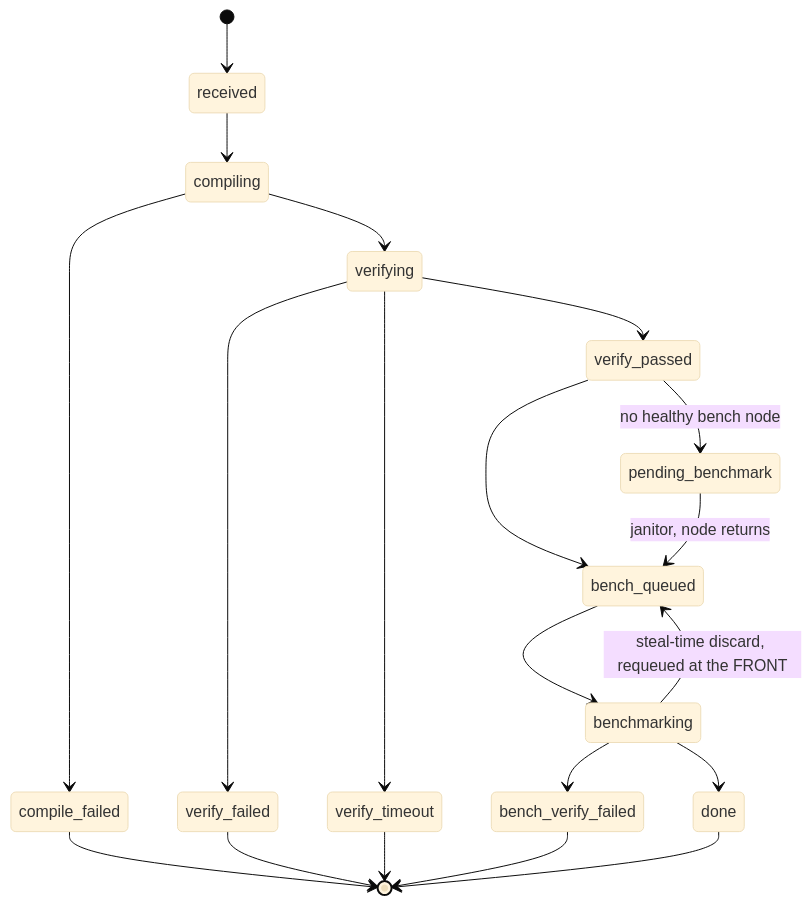
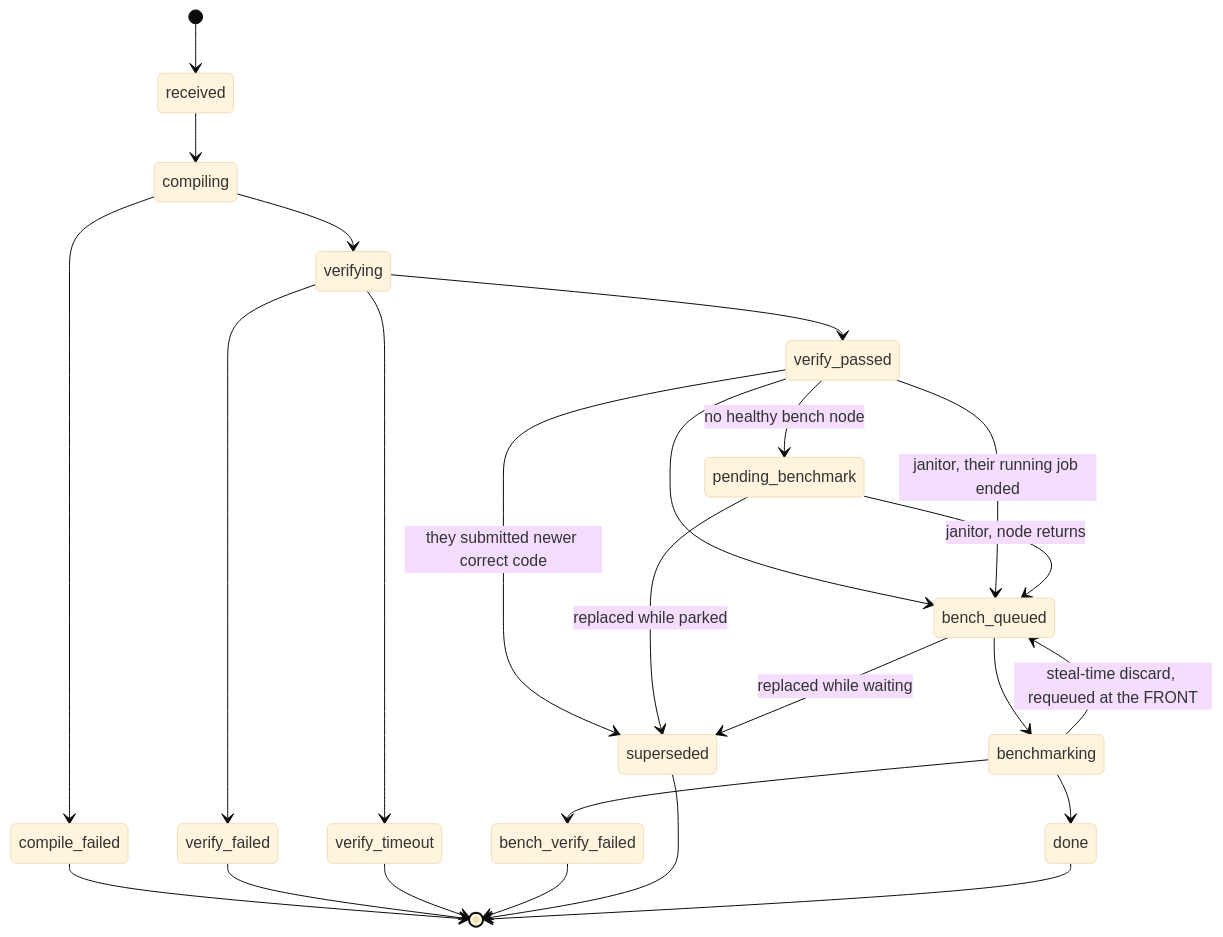
Before and after one commit to devesh0099/MatchBook: the fourth of 7 diagrams in WALKTHROUGH.md, drawn with Mermaid (base theme). The commit also changed other lines of this file and 17 other files, not shown here.

````diff
--- a/WALKTHROUGH.md
+++ b/WALKTHROUGH.md
@@ -129,23 +132,28 @@
 ```mermaid
 stateDiagram-v2
   [*] --> received
   received --> compiling
   compiling --> compile_failed
   compiling --> verifying
   verifying --> verify_failed
   verifying --> verify_timeout
   verifying --> verify_passed
   verify_passed --> bench_queued
+  verify_passed --> bench_queued: janitor, their running job ended
+  verify_passed --> superseded: they submitted newer correct code
   verify_passed --> pending_benchmark: no healthy bench node
   pending_benchmark --> bench_queued: janitor, node returns
+  pending_benchmark --> superseded: replaced while parked
+  bench_queued --> superseded: replaced while waiting
   bench_queued --> benchmarking
   benchmarking --> done
   benchmarking --> bench_verify_failed
   benchmarking --> bench_queued: steal-time discard, requeued at the FRONT
 
   compile_failed --> [*]
   verify_failed --> [*]
   verify_timeout --> [*]
   bench_verify_failed --> [*]
+  superseded --> [*]
   done --> [*]
 ```
````
